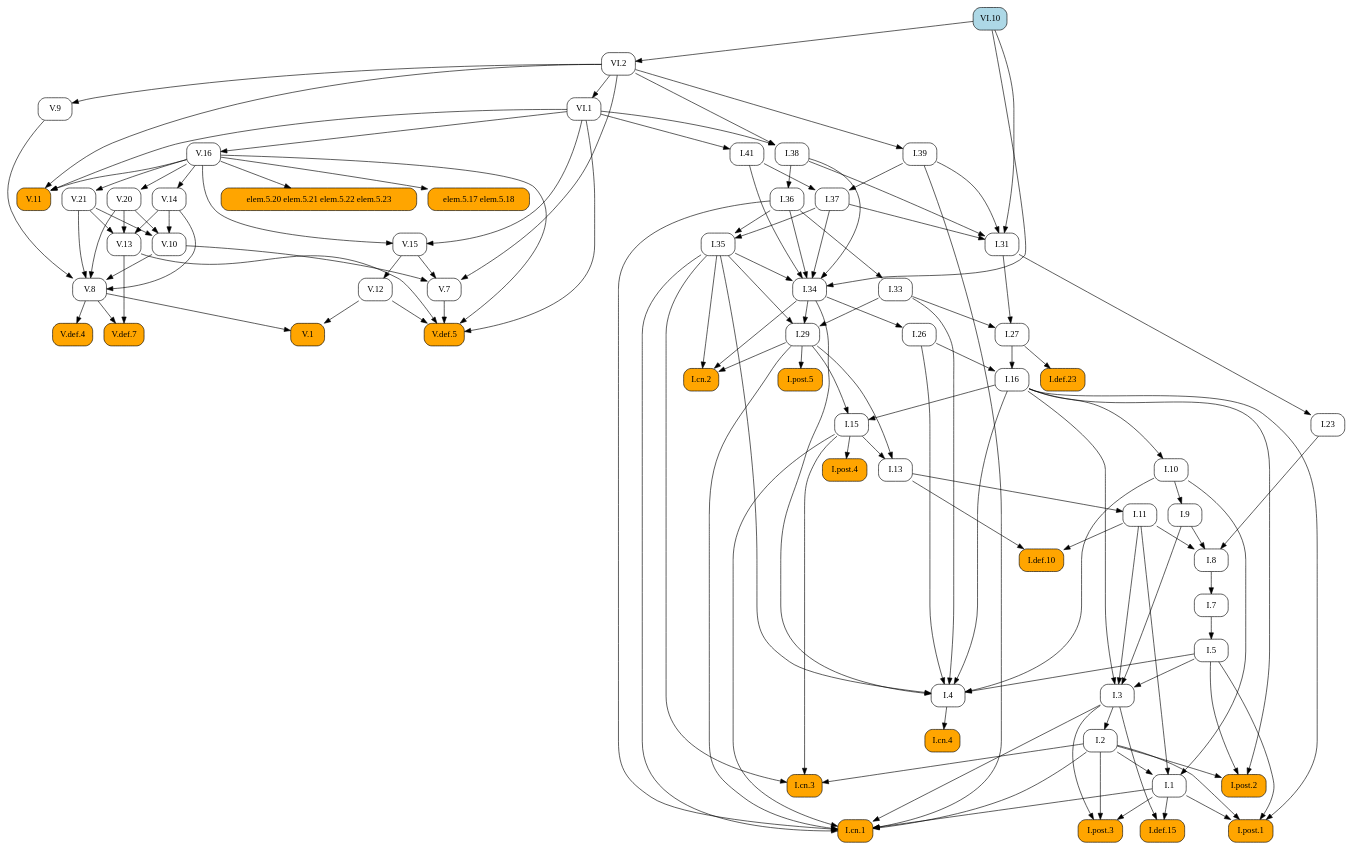
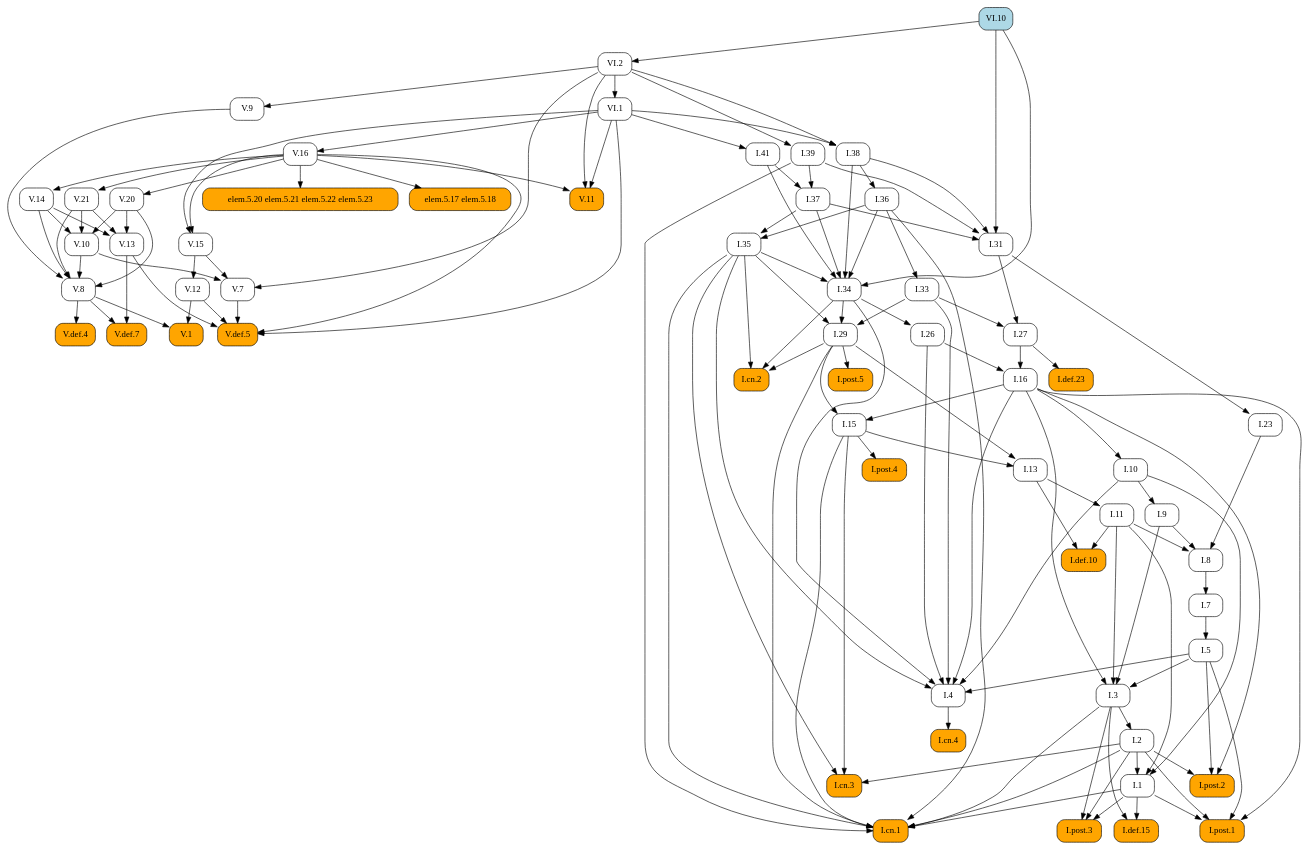
The diagram in docsrc/heath/VI/10/index.rst (geometor/elements), drawn with Graphviz before and after one commit. The commit also changed other lines of this file and 1029 other files, not shown here.

```diff
--- a/docsrc/heath/VI/10/index.rst
+++ b/docsrc/heath/VI/10/index.rst
@@ -45,180 +45,106 @@
    digraph {
      rankdir="TB";
      node [shape=box, style=rounded];
-     "V.1" [style="rounded,filled", fillcolor=orange, URL="/heath/V/1/", target="_top"];
+     "I.def.10" [style="rounded,filled", fillcolor=orange, URL="/heath/I/def.10/", target="_top"];
+     "I.11" [URL="/heath/I/11/", target="_top"];
+     "I.post.4" [style="rounded,filled", fillcolor=orange, URL="/heath/I/post.4/", target="_top"];
+     "I.1" [URL="/heath/I/1/", target="_top"];
+     "I.39" [URL="/heath/I/39/", target="_top"];
+     "I.26" [URL="/heath/I/26/", target="_top"];
+     "V.14" [URL="/heath/V/14/", target="_top"];
+     "I.29" [URL="/heath/I/29/", target="_top"];
+     "V.def.5" [style="rounded,filled", fillcolor=orange, URL="/heath/V/def.5/", target="_top"];
+     "V.12" [URL="/heath/V/12/", target="_top"];
+     "VI.10" [style="rounded,filled", fillcolor=lightblue, URL="/heath/VI/10/", target="_top"];
+     "I.cn.2" [style="rounded,filled", fillcolor=orange, URL="/heath/I/cn.2/", target="_top"];
+     "V.20" [URL="/heath/V/20/", target="_top"];
+     "V.10" [URL="/heath/V/10/", target="_top"];
+     "V.11" [style="rounded,filled", fillcolor=orange, URL="/heath/V/11/", target="_top"];
+     "VI.2" [URL="/heath/VI/2/", target="_top"];
+     "V.13" [URL="/heath/V/13/", target="_top"];
+     "I.def.15" [style="rounded,filled", fillcolor=orange, URL="/heath/I/def.15/", target="_top"];
+     "V.15" [URL="/heath/V/15/", target="_top"];
+     "VI.1" [URL="/heath/VI/1/", target="_top"];
+     "I.post.3" [style="rounded,filled", fillcolor=orange, URL="/heath/I/post.3/", target="_top"];
+     "I.cn.1" [style="rounded,filled", fillcolor=orange, URL="/heath/I/cn.1/", target="_top"];
      "I.cn.3" [style="rounded,filled", fillcolor=orange, URL="/heath/I/cn.3/", target="_top"];
-     "I.29" [URL="/heath/I/29/", target="_top"];
-     "I.7" [URL="/heath/I/7/", target="_top"];
-     "VI.10" [style="rounded,filled", fillcolor=lightblue, URL="/heath/VI/10/", target="_top"];
+     "V.7" [URL="/heath/V/7/", target="_top"];
+     "V.9" [URL="/heath/V/9/", target="_top"];
+     "V.16" [URL="/heath/V/16/", target="_top"];
+     "I.23" [URL="/heath/I/23/", target="_top"];
+     "I.post.1" [style="rounded,filled", fillcolor=orange, URL="/heath/I/post.1/", target="_top"];
+     "I.35" [URL="/heath/I/35/", target="_top"];
+     "I.36" [URL="/heath/I/36/", target="_top"];
      "I.27" [URL="/heath/I/27/", target="_top"];
-     "I.38" [URL="/heath/I/38/", target="_top"];
-     "I.def.23" [style="rounded,filled", fillcolor=orange, URL="/heath/I/def.23/", target="_top"];
-     "V.15" [URL="/heath/V/15/", target="_top"];
-     "V.16" [URL="/heath/V/16/", target="_top"];
-     "I.34" [URL="/heath/I/34/", target="_top"];
-     "V.20" [URL="/heath/V/20/", target="_top"];
-     "I.8" [URL="/heath/I/8/", target="_top"];
-     "I.9" [URL="/heath/I/9/", target="_top"];
-     "V.def.4" [style="rounded,filled", fillcolor=orange, URL="/heath/V/def.4/", target="_top"];
-     "V.21" [URL="/heath/V/21/", target="_top"];
      "V.8" [URL="/heath/V/8/", target="_top"];
-     "I.post.4" [style="rounded,filled", fillcolor=orange, URL="/heath/I/post.4/", target="_top"];
-     "I.2" [URL="/heath/I/2/", target="_top"];
-     "V.7" [URL="/heath/V/7/", target="_top"];
-     "I.1" [URL="/heath/I/1/", target="_top"];
-     "I.def.15" [style="rounded,filled", fillcolor=orange, URL="/heath/I/def.15/", target="_top"];
-     "I.post.1" [style="rounded,filled", fillcolor=orange, URL="/heath/I/post.1/", target="_top"];
-     "V.13" [URL="/heath/V/13/", target="_top"];
-     "I.cn.4" [style="rounded,filled", fillcolor=orange, URL="/heath/I/cn.4/", target="_top"];
-     "I.26" [URL="/heath/I/26/", target="_top"];
-     "I.33" [URL="/heath/I/33/", target="_top"];
-     "VI.2" [URL="/heath/VI/2/", target="_top"];
-     "V.def.7" [style="rounded,filled", fillcolor=orange, URL="/heath/V/def.7/", target="_top"];
-     "I.39" [URL="/heath/I/39/", target="_top"];
-     "elem.5.20 elem.5.21 elem.5.22 elem.5.23" [style="rounded,filled", fillcolor=orange];
-     "I.23" [URL="/heath/I/23/", target="_top"];
-     "I.13" [URL="/heath/I/13/", target="_top"];
-     "I.cn.2" [style="rounded,filled", fillcolor=orange, URL="/heath/I/cn.2/", target="_top"];
-     "I.5" [URL="/heath/I/5/", target="_top"];
-     "I.11" [URL="/heath/I/11/", target="_top"];
-     "V.10" [URL="/heath/V/10/", target="_top"];
-     "V.def.5" [style="rounded,filled", fillcolor=orange, URL="/heath/V/def.5/", target="_top"];
-     "I.4" [URL="/heath/I/4/", target="_top"];
-     "I.10" [URL="/heath/I/10/", target="_top"];
-     "I.3" [URL="/heath/I/3/", target="_top"];
-     "I.16" [URL="/heath/I/16/", target="_top"];
-     "I.31" [URL="/heath/I/31/", target="_top"];
-     "I.def.10" [style="rounded,filled", fillcolor=orange, URL="/heath/I/def.10/", target="_top"];
-     "V.11" [style="rounded,filled", fillcolor=orange, URL="/heath/V/11/", target="_top"];
-     "I.post.2" [style="rounded,filled", fillcolor=orange, URL="/heath/I/post.2/", target="_top"];
-     "I.post.3" [style="rounded,filled", fillcolor=orange, URL="/heath/I/post.3/", target="_top"];
-     "VI.1" [URL="/heath/VI/1/", target="_top"];
-     "V.9" [URL="/heath/V/9/", target="_top"];
-     "I.post.5" [style="rounded,filled", fillcolor=orange, URL="/heath/I/post.5/", target="_top"];
-     "elem.5.17 elem.5.18" [style="rounded,filled", fillcolor=orange];
-     "I.36" [URL="/heath/I/36/", target="_top"];
-     "I.35" [URL="/heath/I/35/", target="_top"];
-     "V.12" [URL="/heath/V/12/", target="_top"];
-     "I.15" [URL="/heath/I/15/", target="_top"];
-     "I.cn.1" [style="rounded,filled", fillcolor=orange, URL="/heath/I/cn.1/", target="_top"];
      "I.41" [URL="/heath/I/41/", target="_top"];
      "I.37" [URL="/heath/I/37/", target="_top"];
-     "V.14" [URL="/heath/V/14/", target="_top"];
-     "V.8" -> "V.1";
-     "V.12" -> "V.1";
-     "I.2" -> "I.cn.3";
-     "I.15" -> "I.cn.3";
-     "I.35" -> "I.cn.3";
+     "I.34" [URL="/heath/I/34/", target="_top"];
+     "I.7" [URL="/heath/I/7/", target="_top"];
+     "I.3" [URL="/heath/I/3/", target="_top"];
+     "I.2" [URL="/heath/I/2/", target="_top"];
+     "I.4" [URL="/heath/I/4/", target="_top"];
+     "I.def.23" [style="rounded,filled", fillcolor=orange, URL="/heath/I/def.23/", target="_top"];
+     "I.13" [URL="/heath/I/13/", target="_top"];
+     "I.33" [URL="/heath/I/33/", target="_top"];
+     "I.31" [URL="/heath/I/31/", target="_top"];
+     "I.post.2" [style="rounded,filled", fillcolor=orange, URL="/heath/I/post.2/", target="_top"];
+     "V.1" [style="rounded,filled", fillcolor=orange, URL="/heath/V/1/", target="_top"];
+     "I.16" [URL="/heath/I/16/", target="_top"];
+     "elem.5.20 elem.5.21 elem.5.22 elem.5.23" [style="rounded,filled", fillcolor=orange];
+     "elem.5.17 elem.5.18" [style="rounded,filled", fillcolor=orange];
+     "I.9" [URL="/heath/I/9/", target="_top"];
+     "I.8" [URL="/heath/I/8/", target="_top"];
+     "I.cn.4" [style="rounded,filled", fillcolor=orange, URL="/heath/I/cn.4/", target="_top"];
+     "V.def.4" [style="rounded,filled", fillcolor=orange, URL="/heath/V/def.4/", target="_top"];
+     "I.15" [URL="/heath/I/15/", target="_top"];
+     "I.post.5" [style="rounded,filled", fillcolor=orange, URL="/heath/I/post.5/", target="_top"];
+     "I.38" [URL="/heath/I/38/", target="_top"];
+     "V.def.7" [style="rounded,filled", fillcolor=orange, URL="/heath/V/def.7/", target="_top"];
+     "I.10" [URL="/heath/I/10/", target="_top"];
+     "I.5" [URL="/heath/I/5/", target="_top"];
+     "V.21" [URL="/heath/V/21/", target="_top"];
+     "I.11" -> "I.def.10";
+     "I.13" -> "I.def.10";
+     "I.13" -> "I.11";
+     "I.15" -> "I.post.4";
+     "I.2" -> "I.1";
+     "I.10" -> "I.1";
+     "I.11" -> "I.1";
+     "VI.2" -> "I.39";
+     "I.34" -> "I.26";
+     "V.16" -> "V.14";
      "I.33" -> "I.29";
      "I.34" -> "I.29";
      "I.35" -> "I.29";
-     "I.8" -> "I.7";
-     "I.31" -> "I.27";
-     "I.33" -> "I.27";
-     "VI.1" -> "I.38";
-     "VI.2" -> "I.38";
-     "I.27" -> "I.def.23";
-     "V.16" -> "V.15";
-     "VI.1" -> "V.15";
-     "VI.1" -> "V.16";
-     "I.35" -> "I.34";
-     "I.36" -> "I.34";
-     "I.37" -> "I.34";
-     "I.38" -> "I.34";
-     "I.41" -> "I.34";
-     "VI.10" -> "I.34";
-     "V.16" -> "V.20";
-     "I.9" -> "I.8";
-     "I.11" -> "I.8";
-     "I.23" -> "I.8";
-     "I.10" -> "I.9";
-     "V.8" -> "V.def.4";
-     "V.16" -> "V.21";
-     "V.9" -> "V.8";
-     "V.10" -> "V.8";
-     "V.14" -> "V.8";
-     "V.20" -> "V.8";
-     "V.21" -> "V.8";
-     "I.15" -> "I.post.4";
-     "I.3" -> "I.2";
-     "V.10" -> "V.7";
-     "V.15" -> "V.7";
-     "VI.2" -> "V.7";
-     "I.2" -> "I.1";
-     "I.10" -> "I.1";
-     "I.11" -> "I.1";
-     "I.1" -> "I.def.15";
-     "I.3" -> "I.def.15";
-     "I.1" -> "I.post.1";
-     "I.2" -> "I.post.1";
-     "I.5" -> "I.post.1";
-     "I.16" -> "I.post.1";
-     "V.14" -> "V.13";
-     "V.20" -> "V.13";
-     "V.21" -> "V.13";
-     "I.4" -> "I.cn.4";
-     "I.34" -> "I.26";
-     "I.36" -> "I.33";
-     "VI.10" -> "VI.2";
-     "V.8" -> "V.def.7";
-     "V.13" -> "V.def.7";
-     "VI.2" -> "I.39";
-     "V.16" -> "elem.5.20 elem.5.21 elem.5.22 elem.5.23";
-     "I.31" -> "I.23";
-     "I.15" -> "I.13";
-     "I.29" -> "I.13";
-     "I.29" -> "I.cn.2";
-     "I.34" -> "I.cn.2";
-     "I.35" -> "I.cn.2";
-     "I.7" -> "I.5";
-     "I.13" -> "I.11";
-     "V.14" -> "V.10";
-     "V.20" -> "V.10";
-     "V.21" -> "V.10";
      "V.7" -> "V.def.5";
      "V.12" -> "V.def.5";
      "V.13" -> "V.def.5";
      "V.16" -> "V.def.5";
      "VI.1" -> "V.def.5";
-     "I.5" -> "I.4";
-     "I.10" -> "I.4";
-     "I.16" -> "I.4";
-     "I.26" -> "I.4";
-     "I.33" -> "I.4";
-     "I.34" -> "I.4";
-     "I.35" -> "I.4";
-     "I.16" -> "I.10";
-     "I.5" -> "I.3";
-     "I.9" -> "I.3";
-     "I.11" -> "I.3";
-     "I.16" -> "I.3";
-     "I.26" -> "I.16";
-     "I.27" -> "I.16";
-     "I.37" -> "I.31";
-     "I.38" -> "I.31";
-     "I.39" -> "I.31";
-     "VI.10" -> "I.31";
-     "I.11" -> "I.def.10";
-     "I.13" -> "I.def.10";
+     "V.15" -> "V.12";
+     "I.29" -> "I.cn.2";
+     "I.34" -> "I.cn.2";
+     "I.35" -> "I.cn.2";
+     "V.16" -> "V.20";
+     "V.14" -> "V.10";
+     "V.20" -> "V.10";
+     "V.21" -> "V.10";
      "V.16" -> "V.11";
      "VI.1" -> "V.11";
      "VI.2" -> "V.11";
-     "I.2" -> "I.post.2";
-     "I.5" -> "I.post.2";
-     "I.16" -> "I.post.2";
+     "VI.10" -> "VI.2";
+     "V.14" -> "V.13";
+     "V.20" -> "V.13";
+     "V.21" -> "V.13";
+     "I.1" -> "I.def.15";
+     "I.3" -> "I.def.15";
+     "V.16" -> "V.15";
+     "VI.1" -> "V.15";
+     "VI.2" -> "VI.1";
      "I.1" -> "I.post.3";
      "I.2" -> "I.post.3";
      "I.3" -> "I.post.3";
-     "VI.2" -> "VI.1";
-     "VI.2" -> "V.9";
-     "I.29" -> "I.post.5";
-     "V.16" -> "elem.5.17 elem.5.18";
-     "I.38" -> "I.36";
-     "I.36" -> "I.35";
-     "I.37" -> "I.35";
-     "V.15" -> "V.12";
-     "I.16" -> "I.15";
-     "I.29" -> "I.15";
      "I.1" -> "I.cn.1";
      "I.2" -> "I.cn.1";
      "I.3" -> "I.cn.1";
@@ -227,8 +153,82 @@
      "I.35" -> "I.cn.1";
      "I.36" -> "I.cn.1";
      "I.39" -> "I.cn.1";
+     "I.2" -> "I.cn.3";
+     "I.15" -> "I.cn.3";
+     "I.35" -> "I.cn.3";
+     "V.10" -> "V.7";
+     "V.15" -> "V.7";
+     "VI.2" -> "V.7";
+     "VI.2" -> "V.9";
+     "VI.1" -> "V.16";
+     "I.31" -> "I.23";
+     "I.1" -> "I.post.1";
+     "I.2" -> "I.post.1";
+     "I.5" -> "I.post.1";
+     "I.16" -> "I.post.1";
+     "I.36" -> "I.35";
+     "I.37" -> "I.35";
+     "I.38" -> "I.36";
+     "I.31" -> "I.27";
+     "I.33" -> "I.27";
+     "V.9" -> "V.8";
+     "V.10" -> "V.8";
+     "V.14" -> "V.8";
+     "V.20" -> "V.8";
+     "V.21" -> "V.8";
      "VI.1" -> "I.41";
      "I.39" -> "I.37";
      "I.41" -> "I.37";
-     "V.16" -> "V.14";
+     "I.35" -> "I.34";
+     "I.36" -> "I.34";
+     "I.37" -> "I.34";
+     "I.38" -> "I.34";
+     "I.41" -> "I.34";
+     "VI.10" -> "I.34";
+     "I.8" -> "I.7";
+     "I.5" -> "I.3";
+     "I.9" -> "I.3";
+     "I.11" -> "I.3";
+     "I.16" -> "I.3";
+     "I.3" -> "I.2";
+     "I.5" -> "I.4";
+     "I.10" -> "I.4";
+     "I.16" -> "I.4";
+     "I.26" -> "I.4";
+     "I.33" -> "I.4";
+     "I.34" -> "I.4";
+     "I.35" -> "I.4";
+     "I.27" -> "I.def.23";
+     "I.15" -> "I.13";
+     "I.29" -> "I.13";
+     "I.36" -> "I.33";
+     "I.37" -> "I.31";
+     "I.38" -> "I.31";
+     "I.39" -> "I.31";
+     "VI.10" -> "I.31";
+     "I.2" -> "I.post.2";
+     "I.5" -> "I.post.2";
+     "I.16" -> "I.post.2";
+     "V.8" -> "V.1";
+     "V.12" -> "V.1";
+     "I.26" -> "I.16";
+     "I.27" -> "I.16";
+     "V.16" -> "elem.5.20 elem.5.21 elem.5.22 elem.5.23";
+     "V.16" -> "elem.5.17 elem.5.18";
+     "I.10" -> "I.9";
+     "I.9" -> "I.8";
+     "I.11" -> "I.8";
+     "I.23" -> "I.8";
+     "I.4" -> "I.cn.4";
+     "V.8" -> "V.def.4";
+     "I.16" -> "I.15";
+     "I.29" -> "I.15";
+     "I.29" -> "I.post.5";
+     "VI.1" -> "I.38";
+     "VI.2" -> "I.38";
+     "V.8" -> "V.def.7";
+     "V.13" -> "V.def.7";
+     "I.16" -> "I.10";
+     "I.7" -> "I.5";
+     "V.16" -> "V.21";
    }
```
